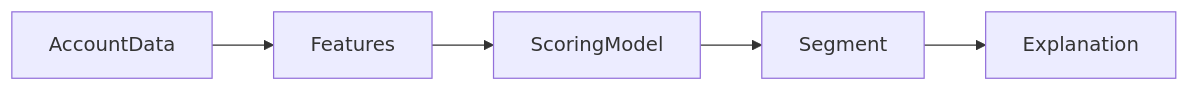
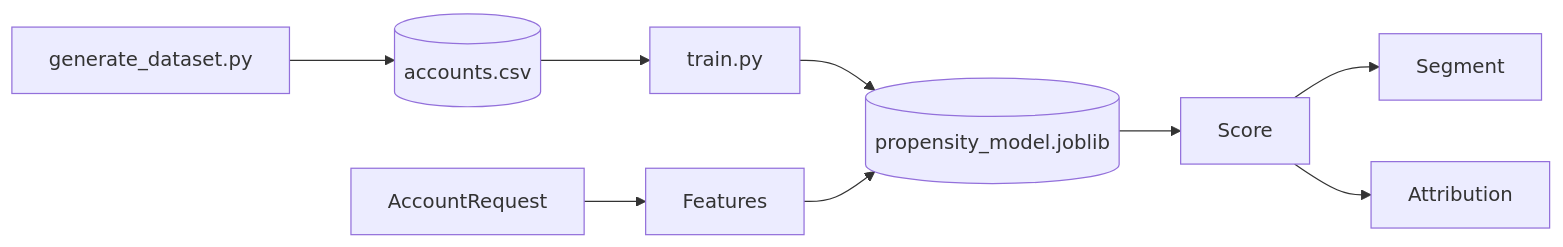
One commit to Adityansh-Chand/ai-sales-intelligence-engine changed the diagram in README.md. Above: the diagram before and after it, drawn with Mermaid. The commit also changed other lines of this file and 22 other files, not shown here.

Commit message:
feat(sales): replace hand-picked scoring formula with a fitted model

````diff
--- a/README.md
+++ b/README.md
@@ -8,7 +57,11 @@
 ```mermaid
 flowchart LR
-  AccountData --> Features
-  Features --> ScoringModel
-  ScoringModel --> Segment
-  Segment --> Explanation
+  Generator[generate_dataset.py] --> Dataset[(accounts.csv)]
+  Dataset --> Training[train.py]
+  Training --> Artifact[(propensity_model.joblib)]
+  AccountRequest --> Features
+  Features --> Artifact
+  Artifact --> Score
+  Score --> Segment
+  Score --> Attribution
 ```
````
